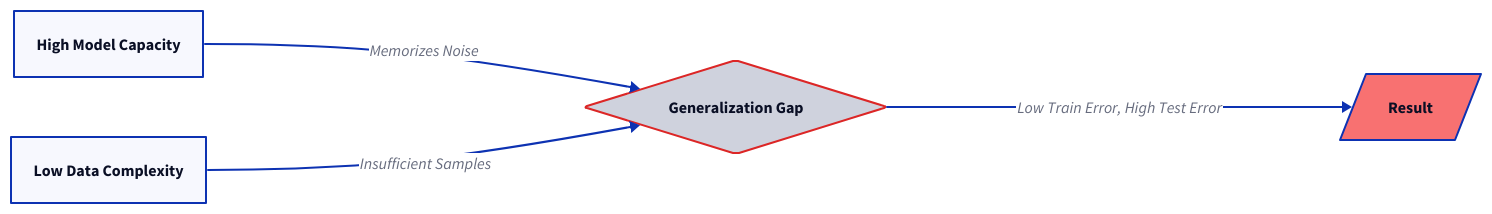
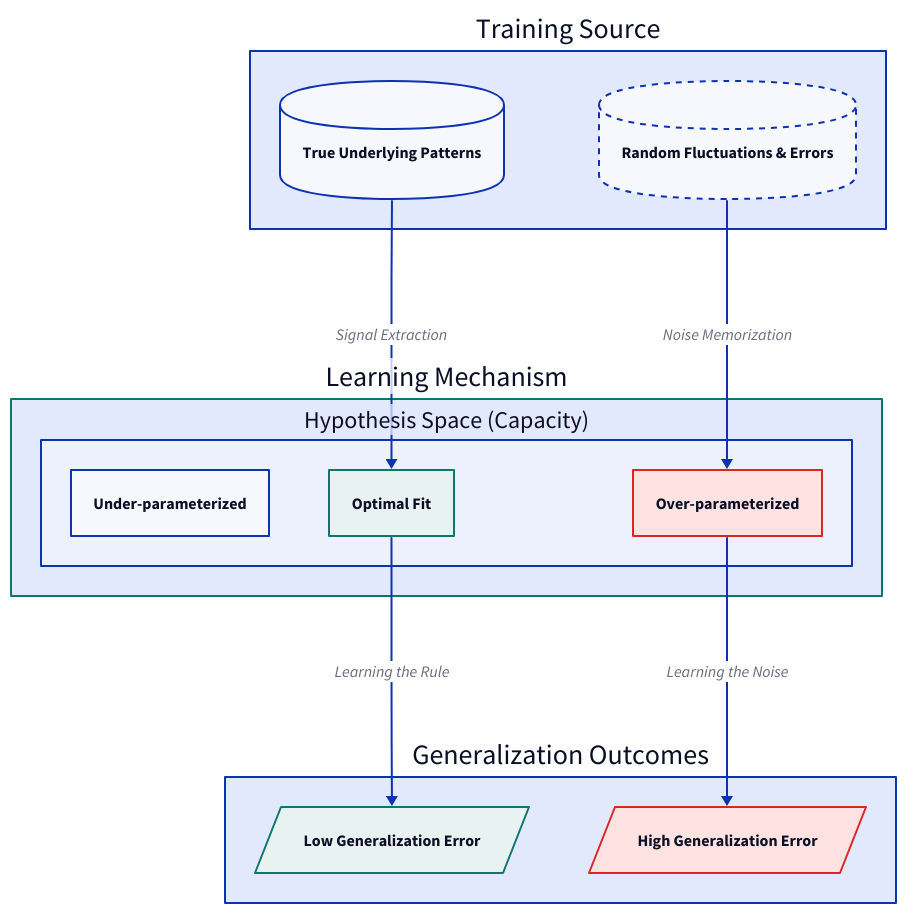
The diagram in content/articles/overfitting.md (s-chudmunge/eulerfold), drawn with D2 before and after one commit. The commit also changed other lines of this file and 45 other files, not shown here.

````diff
--- a/content/articles/overfitting.md
+++ b/content/articles/overfitting.md
@@ -22,14 +22,45 @@
 ```d2
-direction: right
-Capacity: "High Model Capacity" {shape: rectangle}
-Complexity: "Low Data Complexity" {shape: rectangle}
-Gap: "Generalization Gap" {shape: diamond}
+direction: down
 
-Capacity -> Gap: "Memorizes Noise"
-Complexity -> Gap: "Insufficient Samples"
+Dataset: "Training Source" {
+  Signal: "True Underlying Patterns" {shape: cylinder}
+  Noise: "Random Fluctuations & Errors" {
+    shape: cylinder
+    style: {stroke-dash: 3}
+  }
+}
 
-Gap -> Result: "Low Train Error, High Test Error"
-Result: {shape: parallelogram; style: {fill: "#f87171"}}
+Model_Engine: "Learning Mechanism" {
+  style: {
+    stroke: "#0f766e"
+    stroke-width: 2
+  }
 
-Gap.style: {stroke: "#dc2626"}
+  Capacity: "Hypothesis Space (Capacity)" {
+    Low: "Under-parameterized"
+    Balanced: "Optimal Fit" {
+      style: {fill: "#e8f2f1"; stroke: "#0f766e"}
+    }
+    High: "Over-parameterized" {
+      style: {fill: "#fee2e2"; stroke: "#dc2626"}
+    }
+  }
+}
+
+Performance: "Generalization Outcomes" {
+  Generalization: "Low Generalization Error" {
+    shape: parallelogram
+    style: {fill: "#e8f2f1"; stroke: "#0f766e"}
+  }
+  Memorization: "High Generalization Error" {
+    shape: parallelogram
+    style: {fill: "#fee2e2"; stroke: "#dc2626"}
+  }
+}
+
+Dataset.Signal -> Model_Engine.Capacity.Balanced: "Signal Extraction"
+Dataset.Noise -> Model_Engine.Capacity.High: "Noise Memorization"
+
+Model_Engine.Capacity.Balanced -> Performance.Generalization: "Learning the Rule"
+Model_Engine.Capacity.High -> Performance.Memorization: "Learning the Noise"
 ```
````
